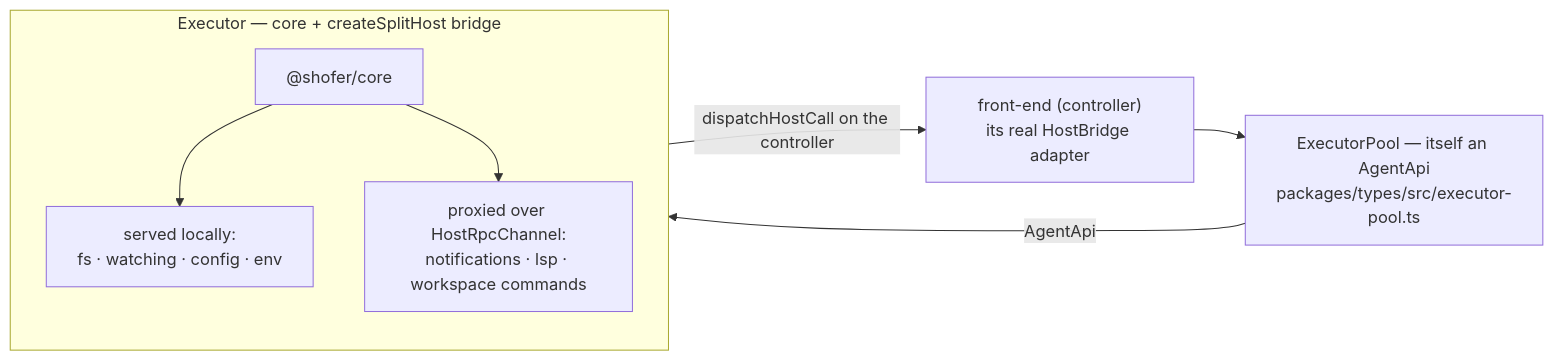
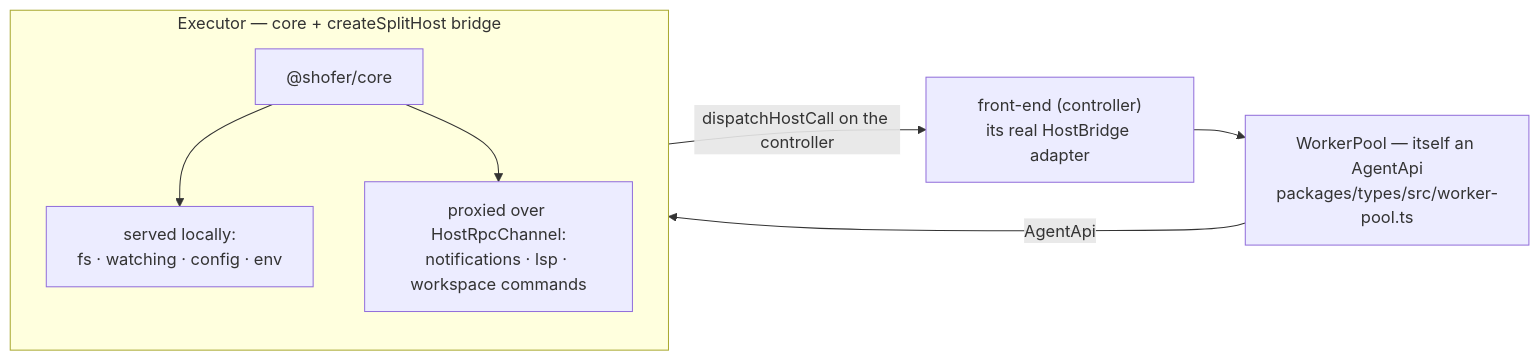
Before and after one commit to shofer-dev/shofer: the second of 2 diagrams in docs/host-boundary.md, drawn with Mermaid. The commit also changed other lines of this file and 65 other files, not shown here.

````diff
--- a/docs/host-boundary.md
+++ b/docs/host-boundary.md
@@ -122,18 +122,18 @@
 ```mermaid
 flowchart LR
     FE["front-end (controller)<br/>its real HostBridge adapter"]
-    POOL["ExecutorPool — itself an AgentApi<br/>packages/types/src/executor-pool.ts"]
+    POOL["WorkerPool — itself an AgentApi<br/>packages/types/src/worker-pool.ts"]
 
     subgraph EX["Executor — core + createSplitHost bridge"]
         direction TB
         CORE["@shofer/core"]
         LOCAL["served locally:<br/>fs · watching · config · env"]
         PROXY["proxied over HostRpcChannel:<br/>notifications · lsp · workspace commands"]
         CORE --> LOCAL
         CORE --> PROXY
     end
 
     FE --> POOL
     POOL -->|"AgentApi"| CORE
     PROXY -->|"dispatchHostCall on the controller"| FE
 ```
````
